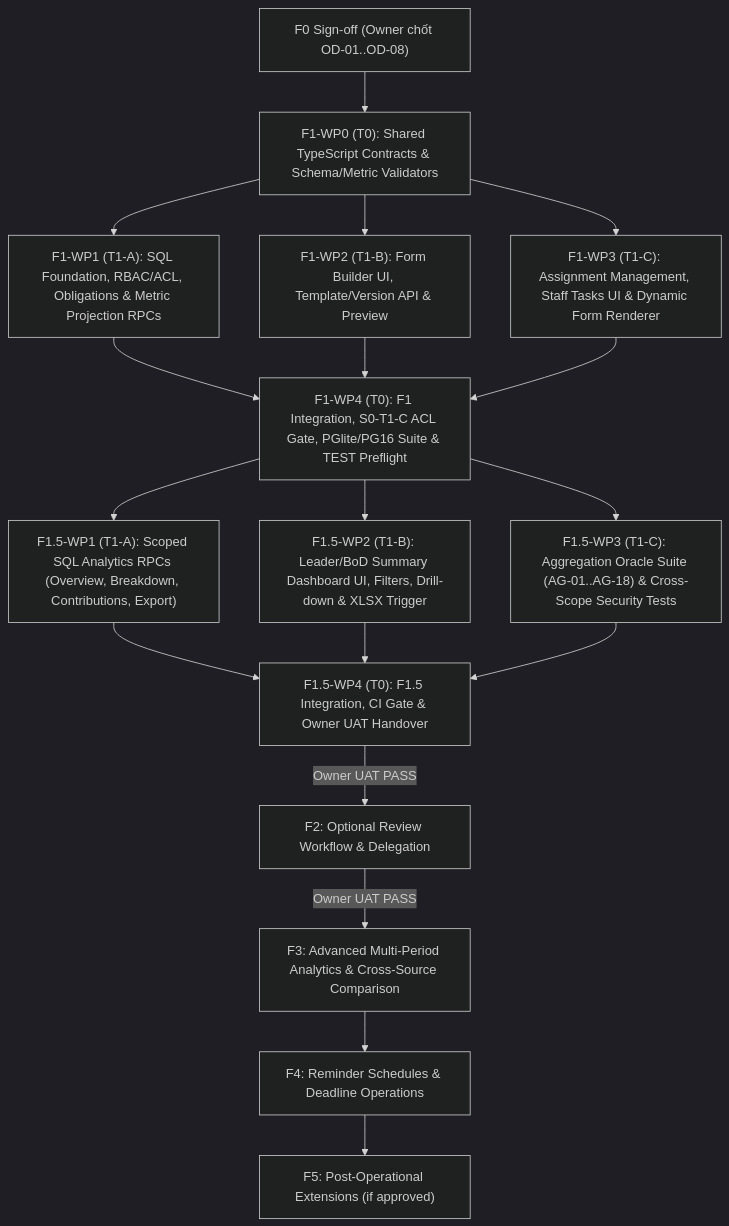
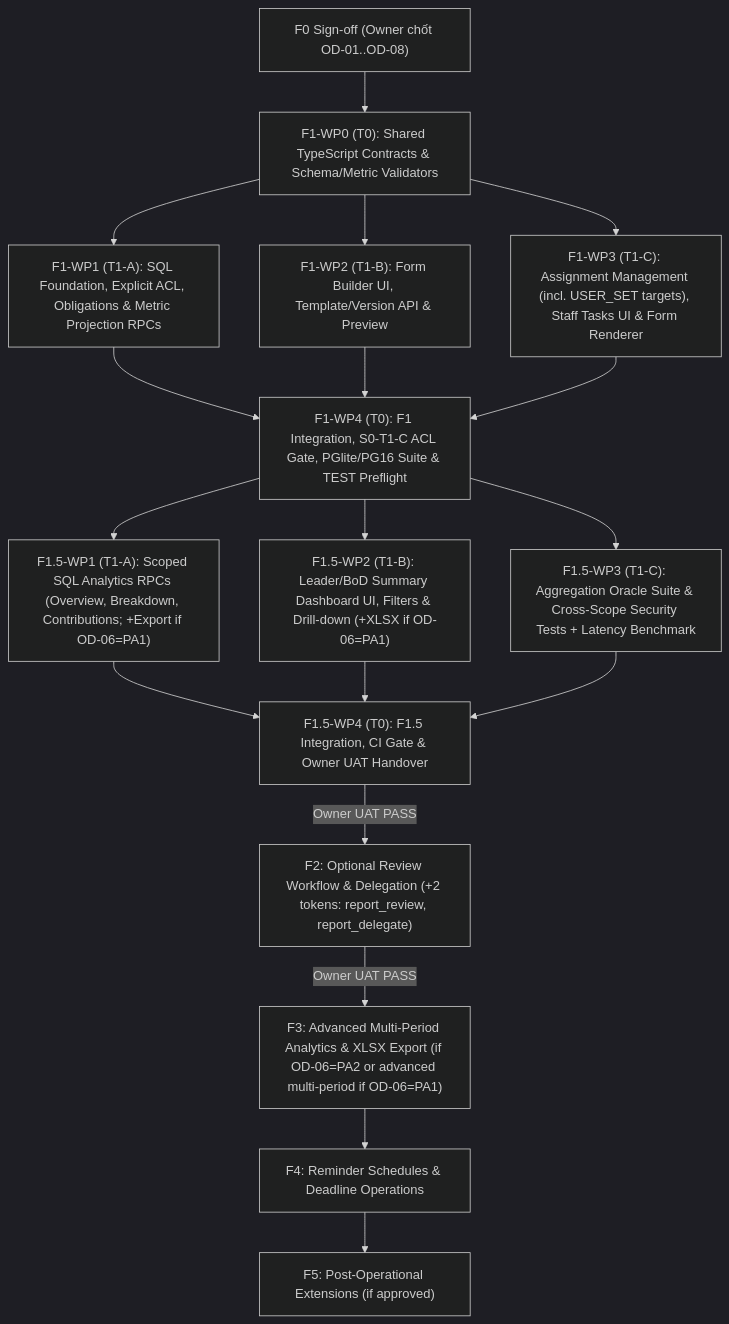
One commit to nobita6986/mini-bi changed the diagram in docs/work-reports/F0-execution-roadmap.md. Above: the diagram before and after it, drawn with Mermaid (dark theme). The commit also changed other lines of this file and 5 other files, not shown here.

````diff
--- a/docs/work-reports/F0-execution-roadmap.md
+++ b/docs/work-reports/F0-execution-roadmap.md
@@ -10,20 +10,20 @@
 ```mermaid
 flowchart TD
     F0["F0 Sign-off (Owner chốt OD-01..OD-08)"] --> F1_WP0["F1-WP0 (T0): Shared TypeScript Contracts & Schema/Metric Validators"]
-    F1_WP0 --> F1_WP1["F1-WP1 (T1-A): SQL Foundation, RBAC/ACL, Obligations & Metric Projection RPCs"]
+    F1_WP0 --> F1_WP1["F1-WP1 (T1-A): SQL Foundation, Explicit ACL, Obligations & Metric Projection RPCs"]
     F1_WP0 --> F1_WP2["F1-WP2 (T1-B): Form Builder UI, Template/Version API & Preview"]
-    F1_WP0 --> F1_WP3["F1-WP3 (T1-C): Assignment Management, Staff Tasks UI & Dynamic Form Renderer"]
+    F1_WP0 --> F1_WP3["F1-WP3 (T1-C): Assignment Management (incl. USER_SET targets), Staff Tasks UI & Form Renderer"]
     F1_WP1 --> F1_WP4["F1-WP4 (T0): F1 Integration, S0-T1-C ACL Gate, PGlite/PG16 Suite & TEST Preflight"]
     F1_WP2 --> F1_WP4
     F1_WP3 --> F1_WP4
-    F1_WP4 --> F15_WP1["F1.5-WP1 (T1-A): Scoped SQL Analytics RPCs (Overview, Breakdown, Contributions, Export)"]
-    F1_WP4 --> F15_WP2["F1.5-WP2 (T1-B): Leader/BoD Summary Dashboard UI, Filters, Drill-down & XLSX Trigger"]
-    F1_WP4 --> F15_WP3["F1.5-WP3 (T1-C): Aggregation Oracle Suite (AG-01..AG-18) & Cross-Scope Security Tests"]
+    F1_WP4 --> F15_WP1["F1.5-WP1 (T1-A): Scoped SQL Analytics RPCs (Overview, Breakdown, Contributions; +Export if OD-06=PA1)"]
+    F1_WP4 --> F15_WP2["F1.5-WP2 (T1-B): Leader/BoD Summary Dashboard UI, Filters & Drill-down (+XLSX if OD-06=PA1)"]
+    F1_WP4 --> F15_WP3["F1.5-WP3 (T1-C): Aggregation Oracle Suite & Cross-Scope Security Tests + Latency Benchmark"]
     F15_WP1 --> F15_WP4["F1.5-WP4 (T0): F1.5 Integration, CI Gate & Owner UAT Handover"]
     F15_WP2 --> F15_WP4
     F15_WP3 --> F15_WP4
-    F15_WP4 -->|"Owner UAT PASS"| F2["F2: Optional Review Workflow & Delegation"]
-    F2 -->|"Owner UAT PASS"| F3["F3: Advanced Multi-Period Analytics & Cross-Source Comparison"]
+    F15_WP4 -->|"Owner UAT PASS"| F2["F2: Optional Review Workflow & Delegation (+2 tokens: report_review, report_delegate)"]
+    F2 -->|"Owner UAT PASS"| F3["F3: Advanced Multi-Period Analytics & XLSX Export (if OD-06=PA2 or advanced multi-period if OD-06=PA1)"]
     F3 --> F4["F4: Reminder Schedules & Deadline Operations"]
     F4 --> F5["F5: Post-Operational Extensions (if approved)"]
 ```
````
